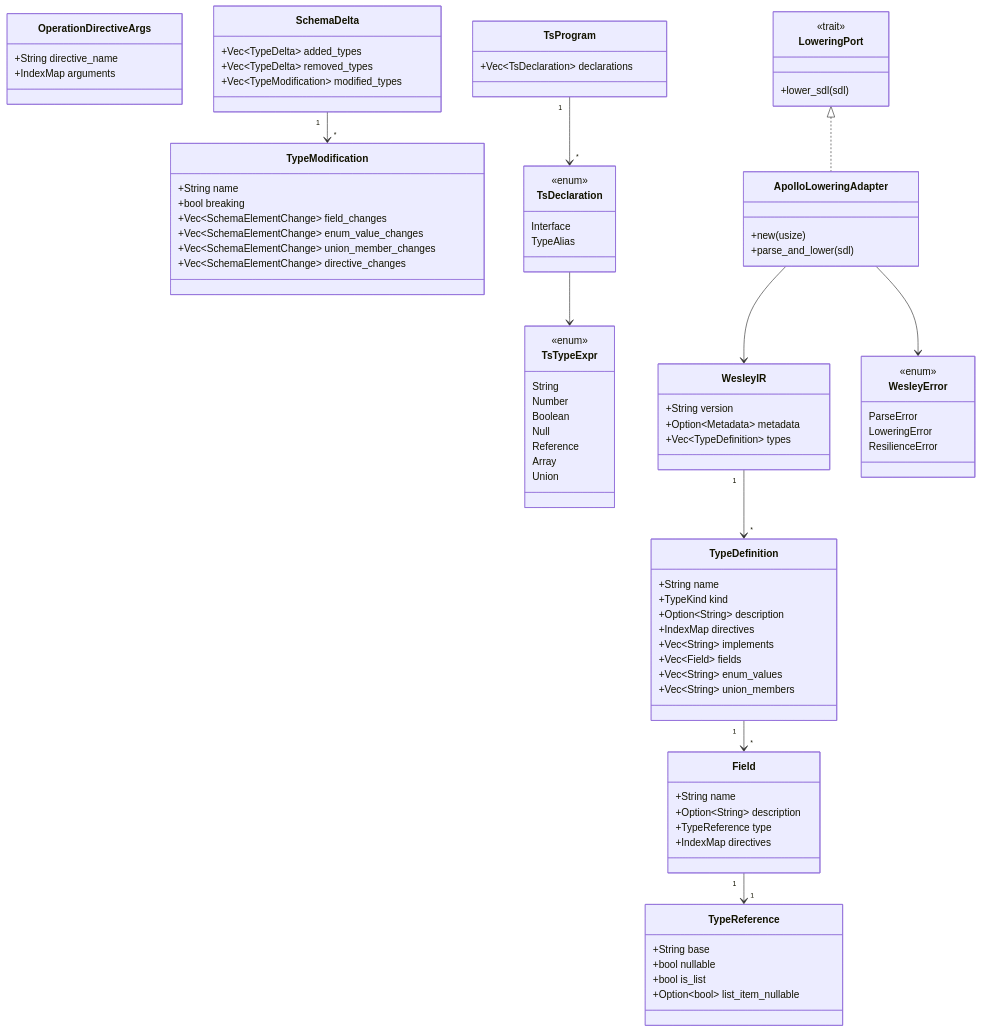
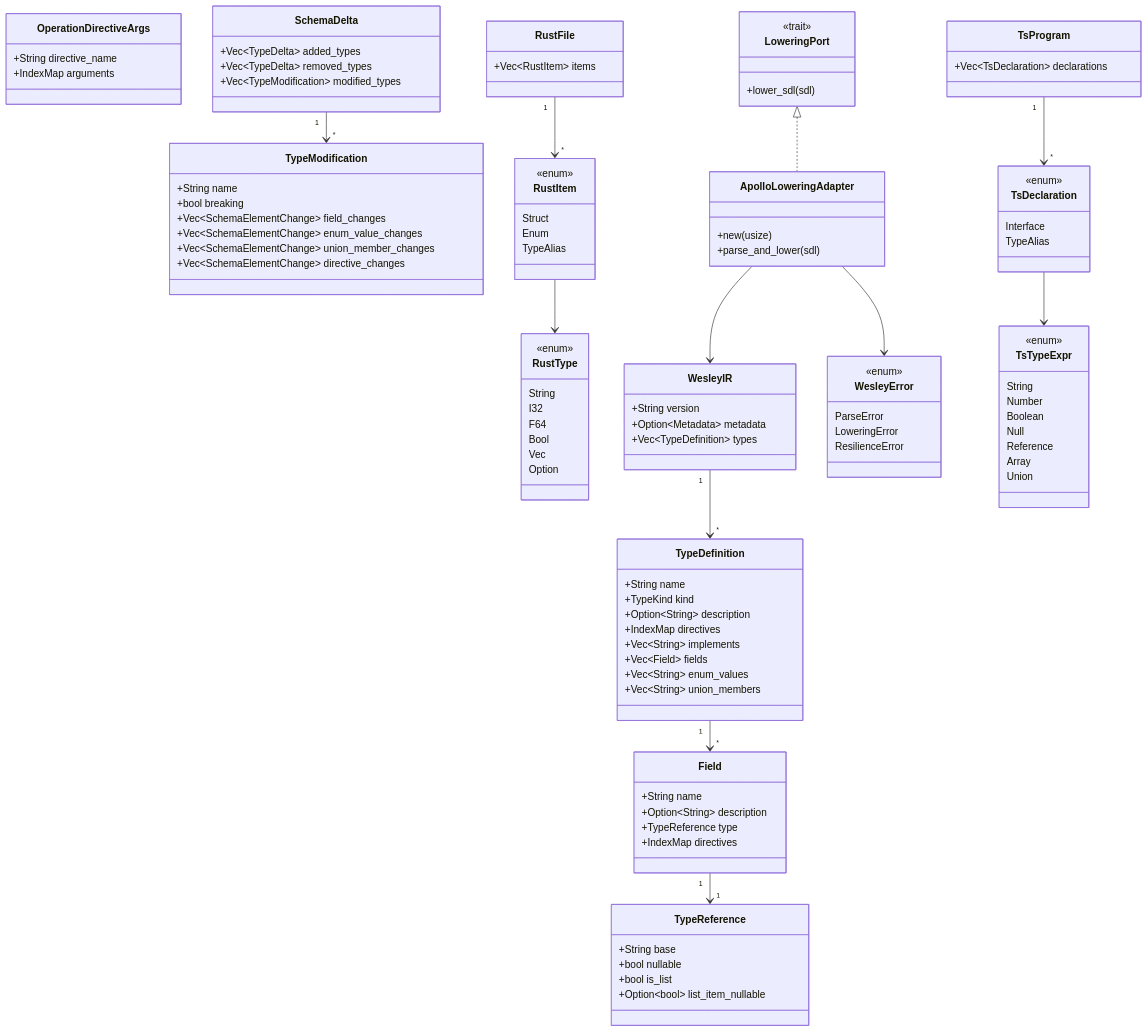
Before and after one commit to flyingrobots/wesley: the third of 9 diagrams in docs/ARCHITECTURE.md, drawn with Mermaid. The commit also changed other lines of this file and 15 other files, not shown here.

```diff
--- a/docs/ARCHITECTURE.md
+++ b/docs/ARCHITECTURE.md
@@ -258,6 +264,27 @@
         +Vec~TsDeclaration~ declarations
     }
 
+    class RustFile {
+        +Vec~RustItem~ items
+    }
+
+    class RustItem {
+        <<enum>>
+        Struct
+        Enum
+        TypeAlias
+    }
+
+    class RustType {
+        <<enum>>
+        String
+        I32
+        F64
+        Bool
+        Vec
+        Option
+    }
+
     class TsDeclaration {
         <<enum>>
         Interface
@@ -296,6 +323,8 @@
     TypeDefinition "1" --> "*" Field
     Field "1" --> "1" TypeReference
     SchemaDelta "1" --> "*" TypeModification
+    RustFile "1" --> "*" RustItem
+    RustItem --> RustType
     TsProgram "1" --> "*" TsDeclaration
     TsDeclaration --> TsTypeExpr
     LoweringPort <|.. ApolloLoweringAdapter
```
